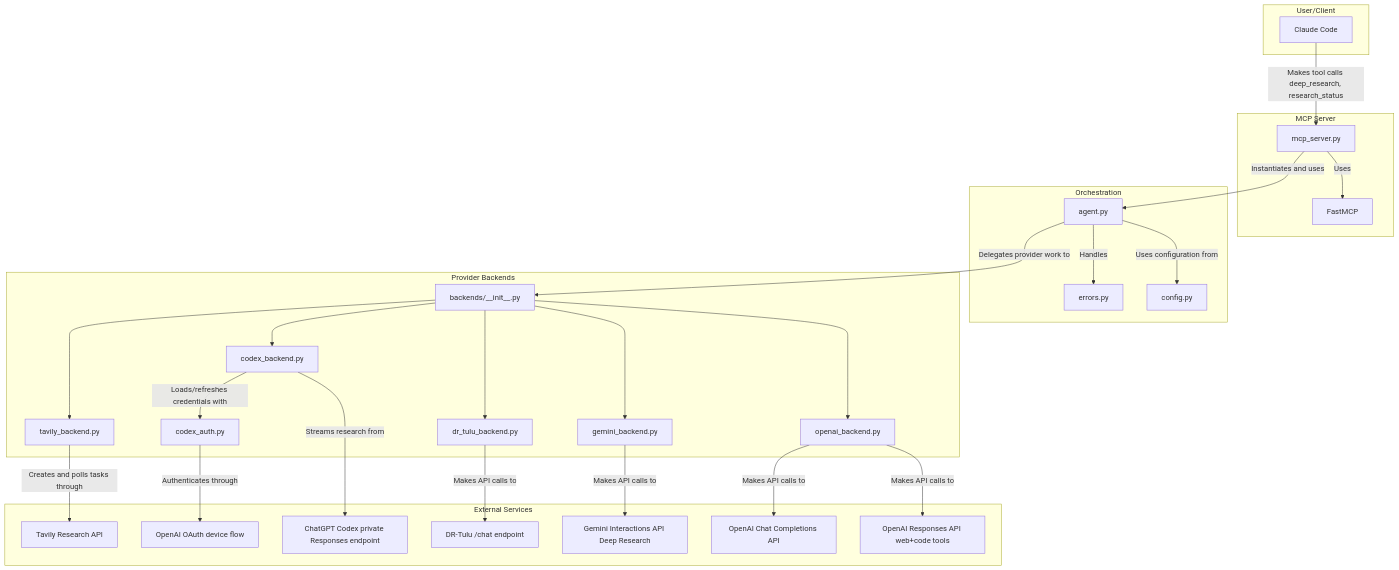
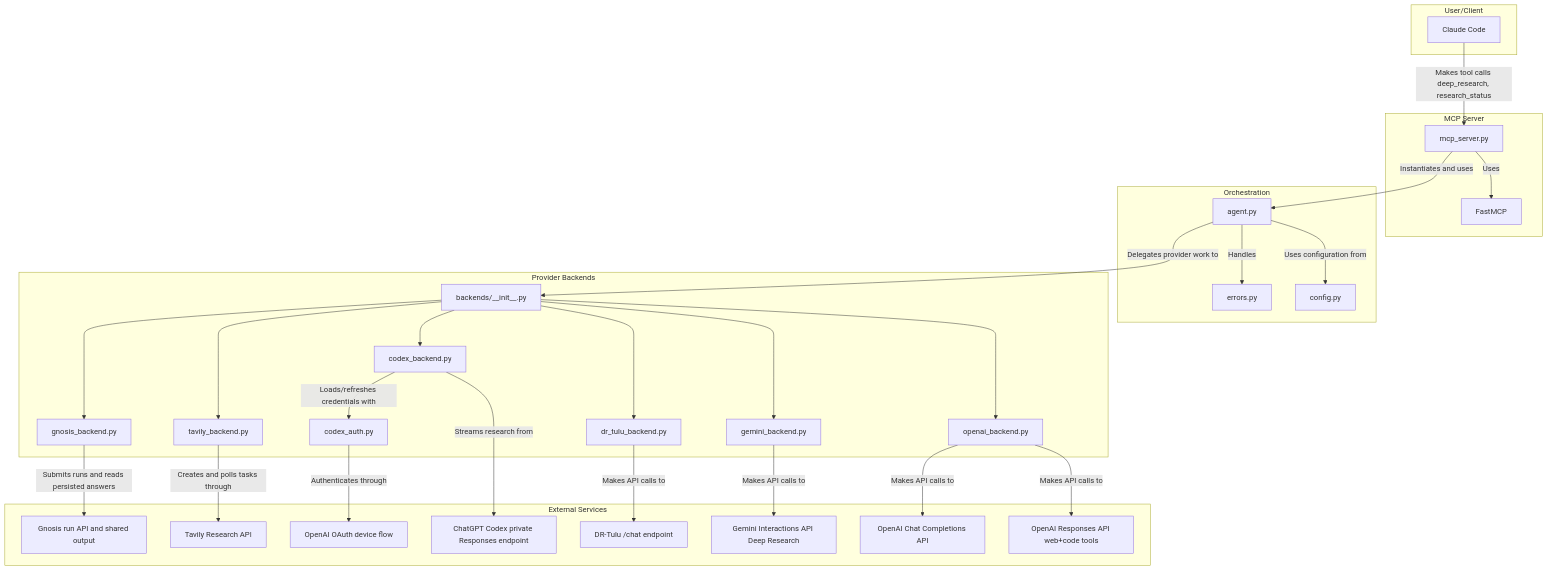
One commit to pminervini/deep-research-mcp changed the diagram in ARCH.md. Above: the diagram before and after it, drawn with Mermaid. The commit also changed other lines of this file and 11 other files, not shown here.

Commit message:
feat: add openJiuwen Gnosis search backend

````diff
--- a/ARCH.md
+++ b/ARCH.md
@@ -17,57 +17,61 @@
 ```mermaid
 graph TD
     subgraph User/Client
         A[Claude Code]
     end
 
     subgraph MCP Server
         B[mcp_server.py]
         C[FastMCP]
     end
 
     subgraph Orchestration
         D[agent.py]
         E[config.py]
         F[errors.py]
     end
 
     subgraph Provider Backends
         P[backends/__init__.py]
         P1[openai_backend.py]
         P2[gemini_backend.py]
         P3[dr_tulu_backend.py]
         P5[codex_backend.py]
         P6[tavily_backend.py]
+        P7[gnosis_backend.py]
         CA[codex_auth.py]
     end
 
     subgraph External Services
         H[OpenAI Responses API web+code tools]
         H2[OpenAI Chat Completions API]
         H3[Gemini Interactions API Deep Research]
         H4[DR-Tulu /chat endpoint]
         H5[ChatGPT Codex private Responses endpoint]
         H6[Tavily Research API]
+        H7[Gnosis run API and shared output]
         OA[OpenAI OAuth device flow]
     end
 
     A -- "Makes tool calls deep_research, research_status" --> B
     B -- "Uses" --> C
     B -- "Instantiates and uses" --> D
     D -- "Uses configuration from" --> E
     D -- "Handles" --> F
     D -- "Delegates provider work to" --> P
     P --> P1
     P --> P2
     P --> P3
     P --> P5
     P --> P6
+    P --> P7
     P1 -- "Makes API calls to" --> H
     P1 -- "Makes API calls to" --> H2
     P2 -- "Makes API calls to" --> H3
     P3 -- "Makes API calls to" --> H4
     P5 -- "Streams research from" --> H5
     P5 -- "Loads/refreshes credentials with" --> CA
     P6 -- "Creates and polls tasks through" --> H6
+    P7 -- "Submits runs and reads persisted answers" --> H7
     CA -- "Authenticates through" --> OA
 ```
````
